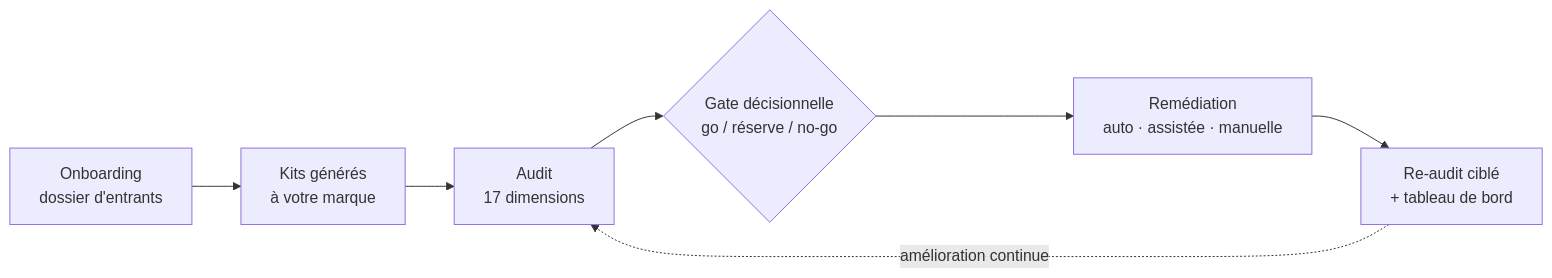
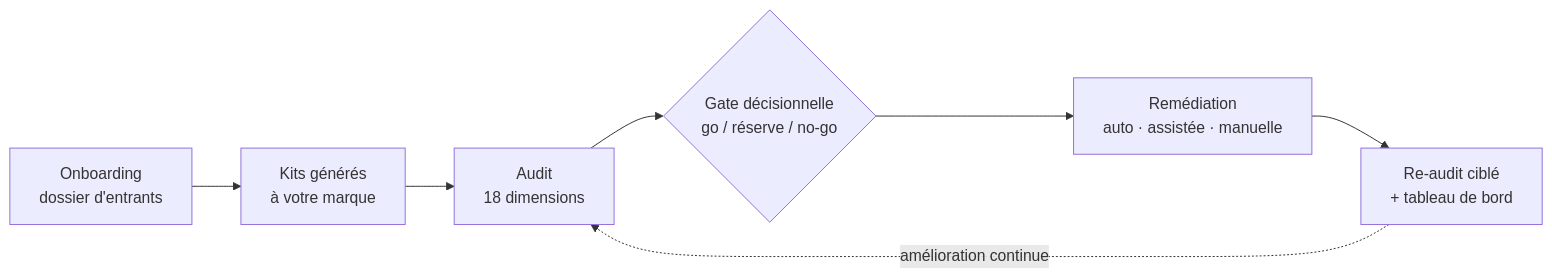
The diagram in docs/MANUEL-ENTREPRISE.md (iguane39/digit-ai-forge-audit), drawn with Mermaid before and after one commit. The commit also changed other lines of this file and 27 other files, not shown here.

````diff
--- a/docs/MANUEL-ENTREPRISE.md
+++ b/docs/MANUEL-ENTREPRISE.md
@@ -10,9 +10,9 @@
 ```mermaid
 flowchart LR
     A[Onboarding<br/>dossier d'entrants] --> B[Kits générés<br/>à votre marque]
-    B --> C[Audit<br/>17 dimensions]
+    B --> C[Audit<br/>18 dimensions]
     C --> D{Gate décisionnelle<br/>go / réserve / no-go}
     D --> E[Remédiation<br/>auto · assistée · manuelle]
     E --> F[Re-audit ciblé<br/>+ tableau de bord]
     F -.amélioration continue.-> C
 ```
````
